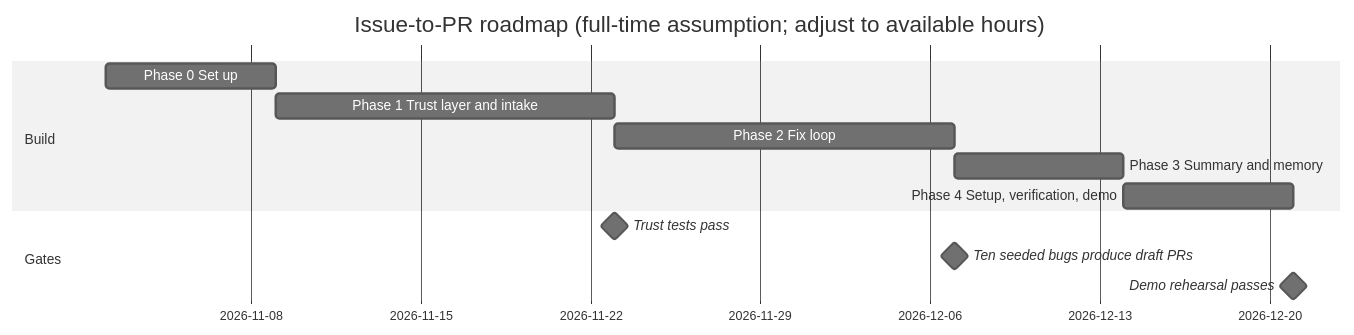
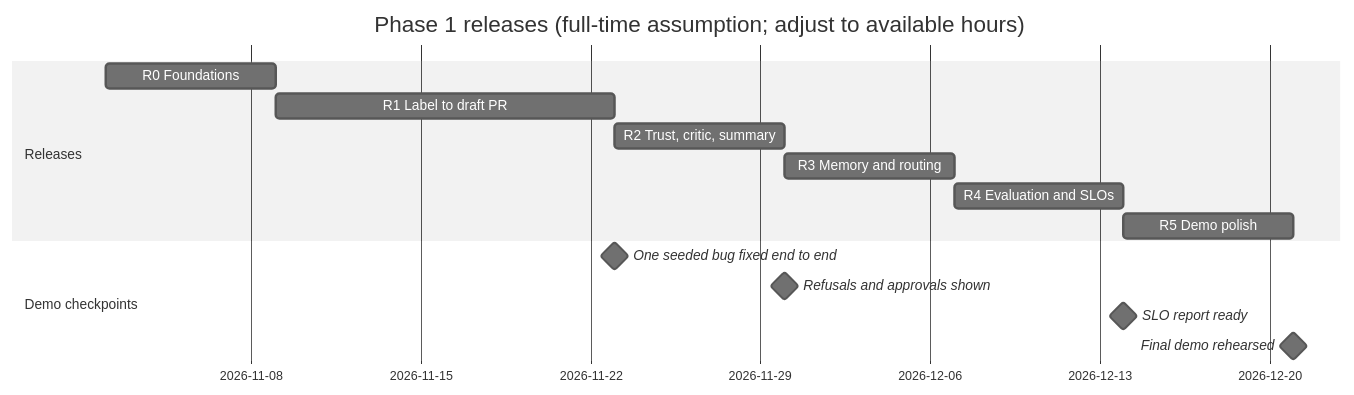
One commit to SubashNadar/issue-to-pr-agent changed the diagram in docs/PLAN.md. Above: the diagram before and after it, drawn with Mermaid (neutral theme). The commit also changed other lines of this file and 2 other files, not shown here.

First line of the commit message:
Restructure the plan into demoable releases

````diff
--- a/docs/PLAN.md
+++ b/docs/PLAN.md
@@ -18,15 +25,17 @@
 ```mermaid
 gantt
-  title Issue-to-PR roadmap (full-time assumption; adjust to available hours)
+  title Phase 1 releases (full-time assumption; adjust to available hours)
   dateFormat YYYY-MM-DD
-  section Build
-  Phase 0 Set up                        :p0, 2026-11-02, 7d
-  Phase 1 Trust layer and intake        :p1, after p0, 14d
-  Phase 2 Fix loop                      :p2, after p1, 14d
-  Phase 3 Summary and memory            :p3, after p2, 7d
-  Phase 4 Setup, verification, demo     :p4, after p3, 7d
-  section Gates
-  Trust tests pass                      :milestone, m1, after p1, 0d
-  Ten seeded bugs produce draft PRs     :milestone, m2, after p2, 0d
-  Demo rehearsal passes                 :milestone, m3, after p4, 0d
+  section Releases
+  R0 Foundations                     :r0, 2026-11-02, 7d
+  R1 Label to draft PR               :r1, after r0, 14d
+  R2 Trust, critic, summary          :r2, after r1, 7d
+  R3 Memory and routing              :r3, after r2, 7d
+  R4 Evaluation and SLOs             :r4, after r3, 7d
+  R5 Demo polish                     :r5, after r4, 7d
+  section Demo checkpoints
+  One seeded bug fixed end to end    :milestone, m1, after r1, 0d
+  Refusals and approvals shown       :milestone, m2, after r2, 0d
+  SLO report ready                   :milestone, m3, after r4, 0d
+  Final demo rehearsed               :milestone, m4, after r5, 0d
 ```
````
